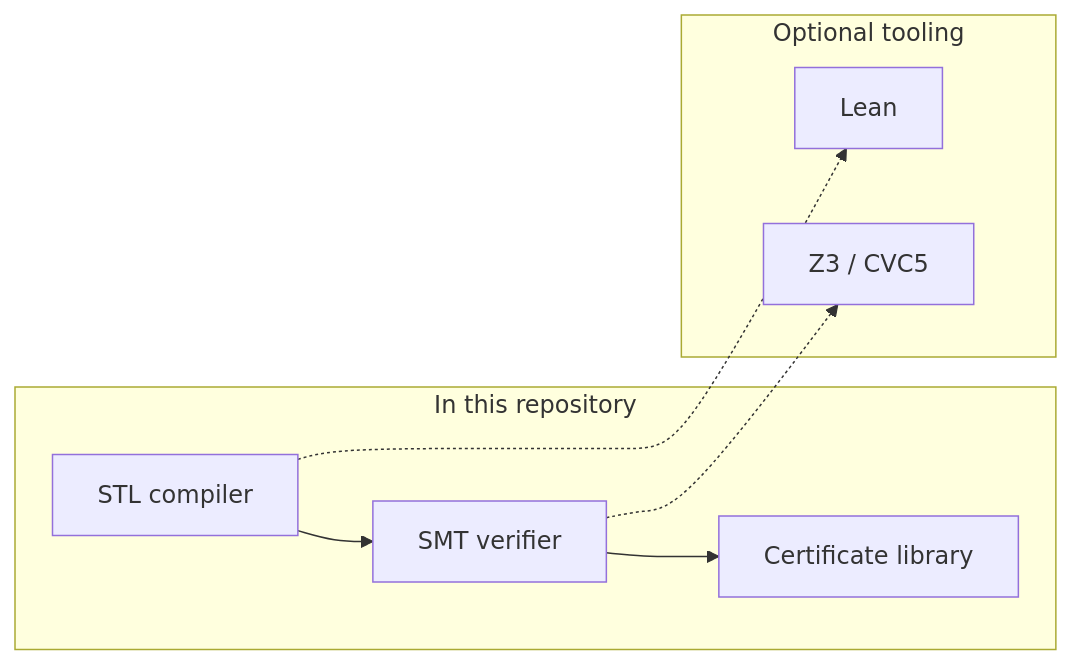
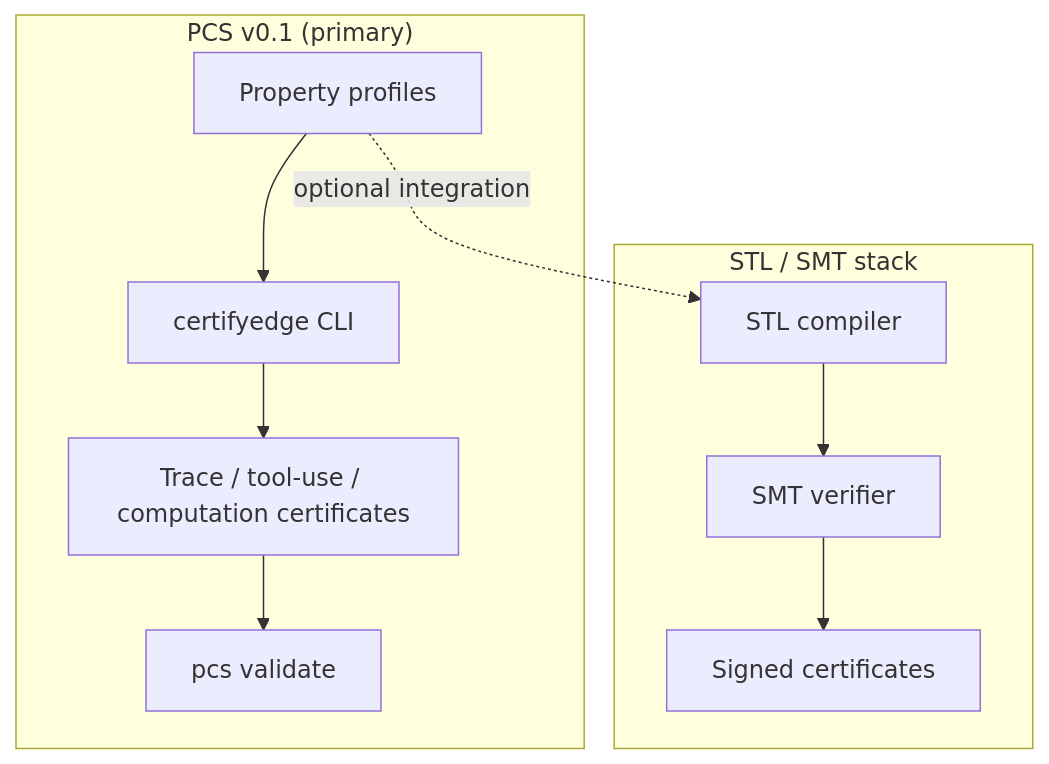
One commit to fraware/CertifyEdge changed the diagram in README.md. Above: the diagram before and after it, drawn with Mermaid. The commit also changed other lines of this file and 10 other files, not shown here.

````diff
--- a/README.md
+++ b/README.md
@@ -71,13 +64,13 @@
 ```mermaid
-flowchart LR
-  subgraph today["In this repository"]
-    A[STL compiler] --> B[SMT verifier]
-    B --> C[Certificate library]
+flowchart TB
+  subgraph pcs["PCS v0.1 (primary)"]
+    P[Property profiles] --> C[certifyedge CLI]
+    C --> A[Trace / tool-use / computation certificates]
+    A --> V[pcs validate]
   end
-  subgraph optional["Optional tooling"]
-    L[Lean]
-    Z[Z3 / CVC5]
+  subgraph stl["STL / SMT stack"]
+    S[STL compiler] --> M[SMT verifier]
+    M --> K[Signed certificates]
   end
-  A -.-> L
-  B -.-> Z
+  P -.->|optional integration| S
 ```
````
